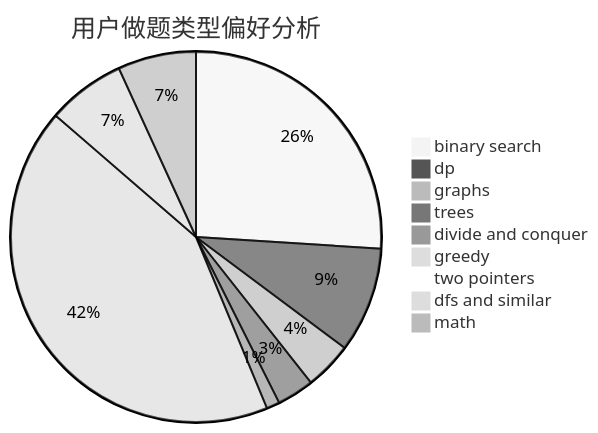
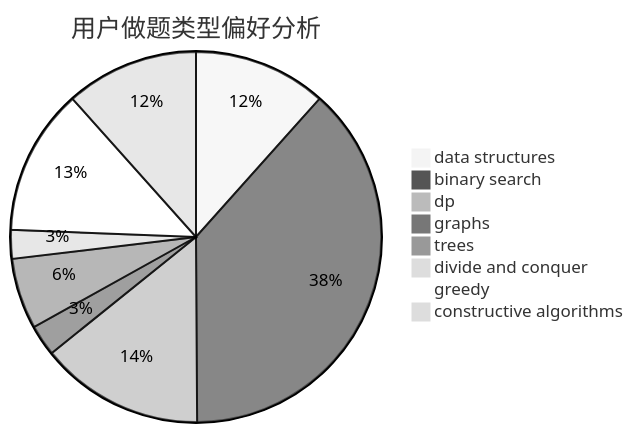
Before and after one commit to sherpahu/cfrs.github.io: the second of 3 diagrams in docs/user/u812.md, drawn with Mermaid (neutral theme). The commit also changed other lines of this file and 2775 other files, not shown here.

````diff
--- a/docs/user/u812.md
+++ b/docs/user/u812.md
@@ -23,12 +23,11 @@
 ```mermaid
 pie title 用户做题类型偏好分析
-    "binary search" :  362
-    "dp" :  128
-    "graphs" :  58
-    "trees" :  45
-    "divide and conquer" :  16
-    "greedy" :  593
-    "two pointers" :  14
-    "dfs and similar" :  95
-    "math" :  95
+    "data structures" :  60
+    "binary search" :  198
+    "dp" :  74
+    "graphs" :  14
+    "trees" :  32
+    "divide and conquer" :  13
+    "greedy" :  66
+    "constructive algorithms" :  60
 ```
````
